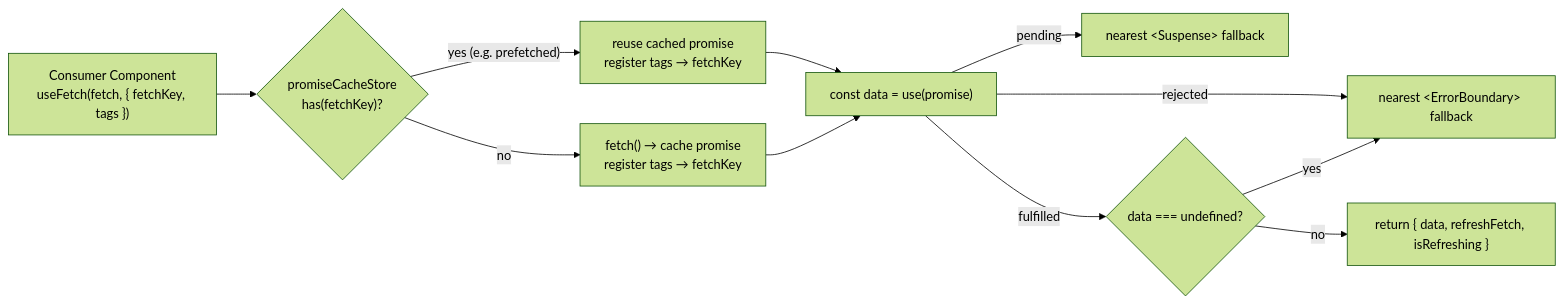
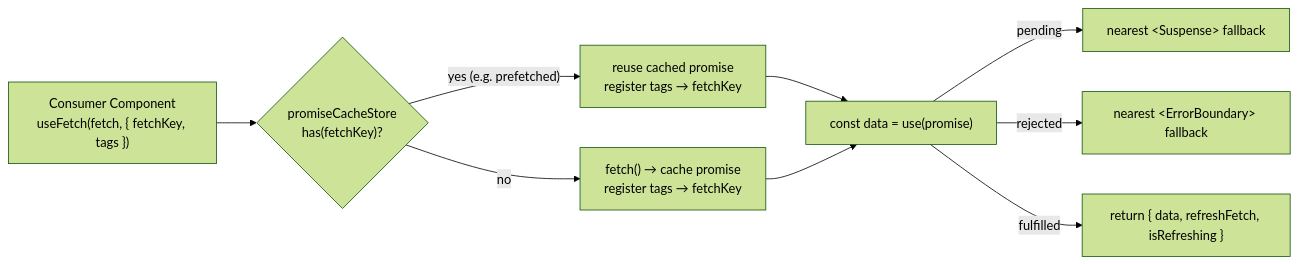
Before and after one commit to chuhaiphu/fetchwire: the first of 4 diagrams in docs/architecture/USE-FETCH-FLOW.md, drawn with Mermaid (forest theme). The commit also changed other lines of this file and 18 other files, not shown here.

First line of the commit message:
refactor: update mutation and fetch hooks to return raw data instead of HttpResponse

````diff
--- a/docs/architecture/USE-FETCH-FLOW.md
+++ b/docs/architecture/USE-FETCH-FLOW.md
@@ -16,13 +16,11 @@
 ```mermaid
 flowchart LR
     Cmp["Consumer Component<br/>useFetch(fetch, { fetchKey, tags })"] --> HIT{"promiseCacheStore<br/>has(fetchKey)?"}
     HIT -->|"yes (e.g. prefetched)"| REUSE["reuse cached promise<br/>register tags → fetchKey"]
     HIT -->|"no"| NEW["fetch() → cache promise<br/>register tags → fetchKey"]
     REUSE --> USE["const data = use(promise)"]
     NEW --> USE
     USE -->|"pending"| SUS["nearest &lt;Suspense&gt; fallback"]
     USE -->|"rejected"| EB["nearest &lt;ErrorBoundary&gt; fallback"]
-    USE -->|"fulfilled"| GUARD{"data === undefined?"}
-    GUARD -->|"yes"| EB
-    GUARD -->|"no"| DATA["return { data, refreshFetch, isRefreshing }"]
+    USE -->|"fulfilled"| DATA["return { data, refreshFetch, isRefreshing }"]
 ```
````
